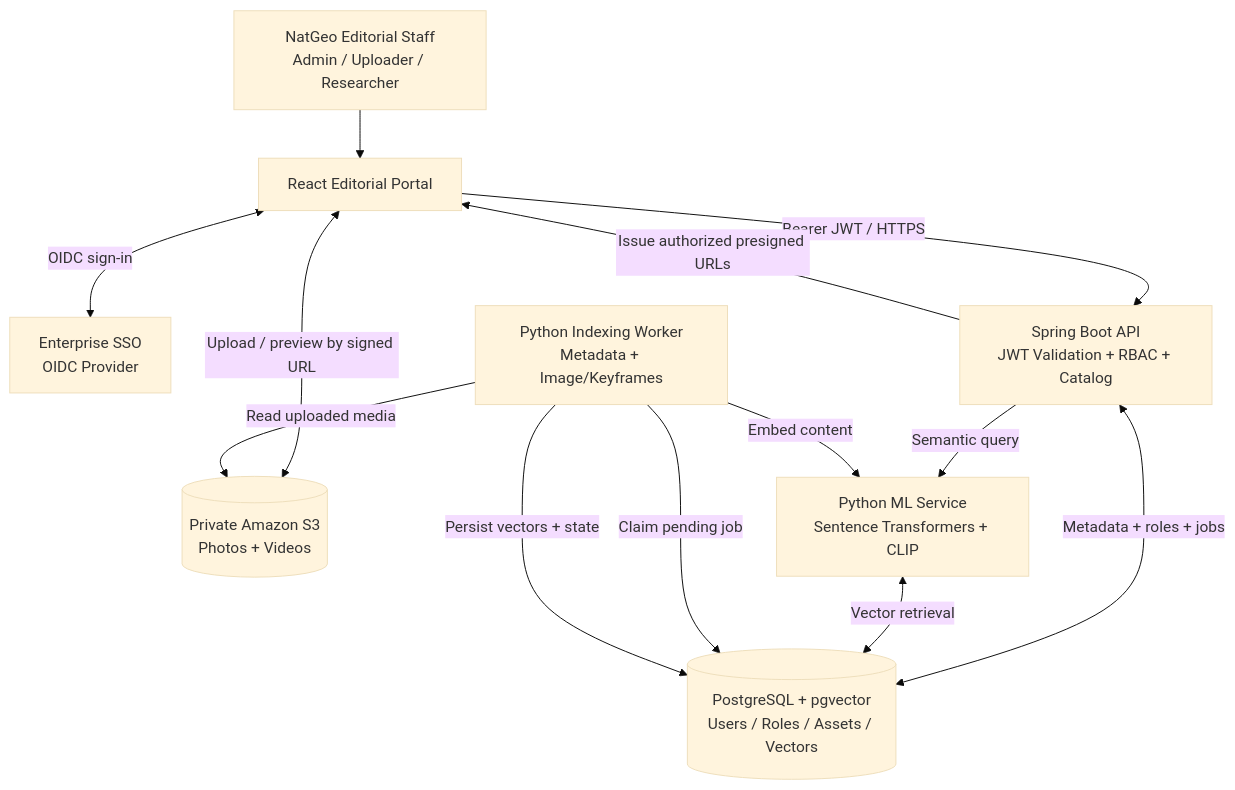
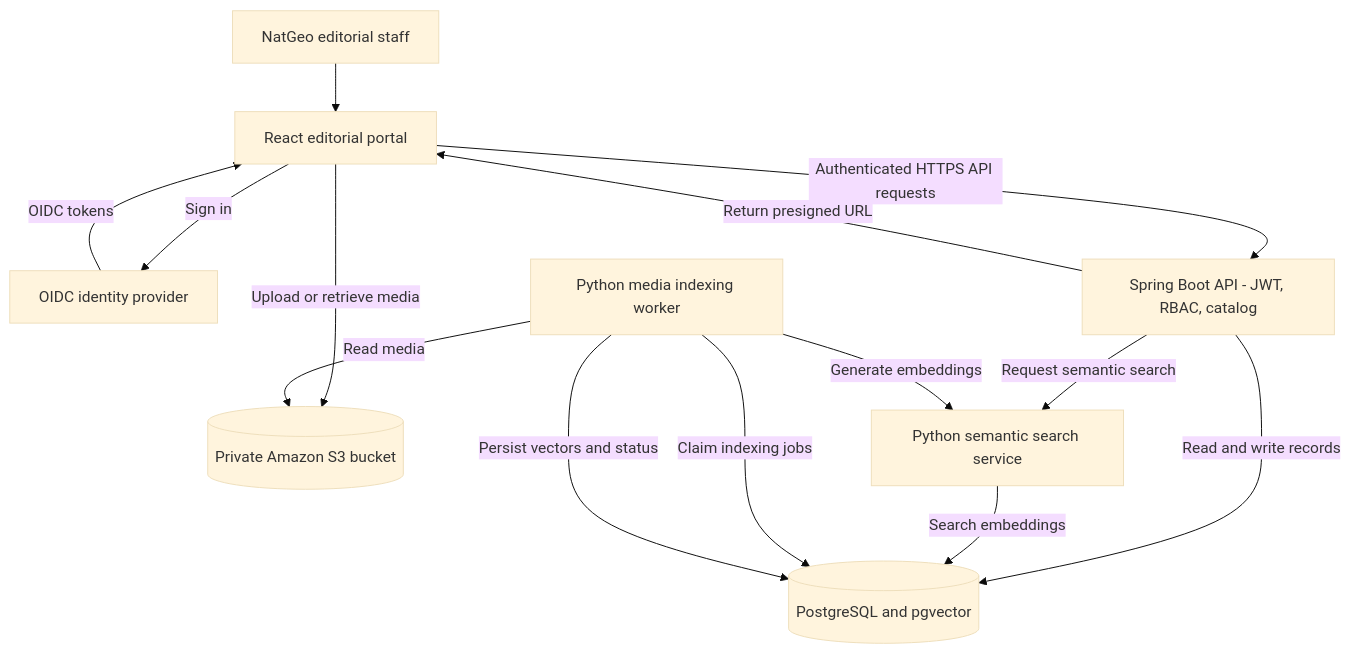
The first of 6 diagrams in README.md (mathewpius19/Media-Mesh), drawn with Mermaid (base theme) before and after one commit. The commit also changed other lines of this file, not shown here.

Commit message:
Update README with clearer endpoint descriptions

````diff
--- a/README.md
+++ b/README.md
@@ -27,24 +27,25 @@
 ```mermaid
 flowchart TB
-    STAFF["NatGeo Editorial Staff<br/>Admin / Uploader / Researcher"]
-    WEB["React Editorial Portal"]
-    IDP["Enterprise SSO<br/>OIDC Provider"]
-    API["Spring Boot API<br/>JWT Validation + RBAC + Catalog"]
-    PG[("PostgreSQL + pgvector<br/>Users / Roles / Assets / Vectors")]
-    S3[("Private Amazon S3<br/>Photos + Videos")]
-    ML["Python ML Service<br/>Sentence Transformers + CLIP"]
-    WORK["Python Indexing Worker<br/>Metadata + Image/Keyframes"]
+    STAFF["NatGeo editorial staff"]
+    WEB["React editorial portal"]
+    IDP["OIDC identity provider"]
+    API["Spring Boot API - JWT, RBAC, catalog"]
+    PG[("PostgreSQL and pgvector")]
+    S3[("Private Amazon S3 bucket")]
+    ML["Python semantic search service"]
+    WORK["Python media indexing worker"]
 
     STAFF --> WEB
-    WEB <-->|OIDC sign-in| IDP
-    WEB -->|Bearer JWT / HTTPS| API
-    API <-->|Metadata + roles + jobs| PG
-    API -->|Issue authorized presigned URLs| WEB
-    WEB <-->|Upload / preview by signed URL| S3
-    API -->|Semantic query| ML
-    ML <-->|Vector retrieval| PG
-    WORK -->|Claim pending job| PG
-    WORK -->|Read uploaded media| S3
-    WORK -->|Embed content| ML
-    WORK -->|Persist vectors + state| PG
+    WEB -->|Sign in| IDP
+    IDP -->|OIDC tokens| WEB
+    WEB -->|Authenticated HTTPS API requests| API
+    API -->|Read and write records| PG
+    API -->|Request semantic search| ML
+    ML -->|Search embeddings| PG
+    API -->|Return presigned URL| WEB
+    WEB -->|Upload or retrieve media| S3
+    WORK -->|Claim indexing jobs| PG
+    WORK -->|Read media| S3
+    WORK -->|Generate embeddings| ML
+    WORK -->|Persist vectors and status| PG
 ```
````
